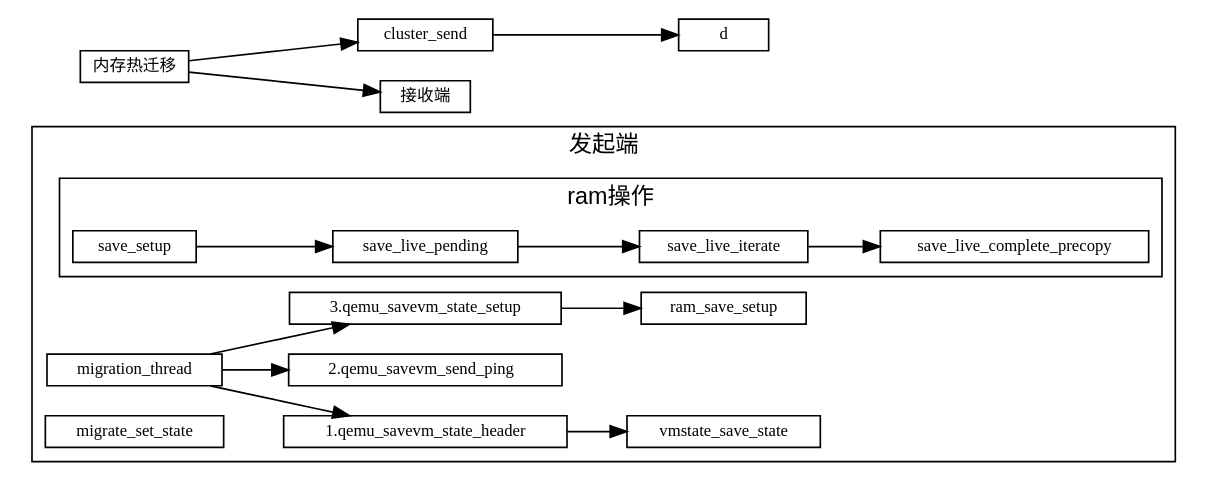
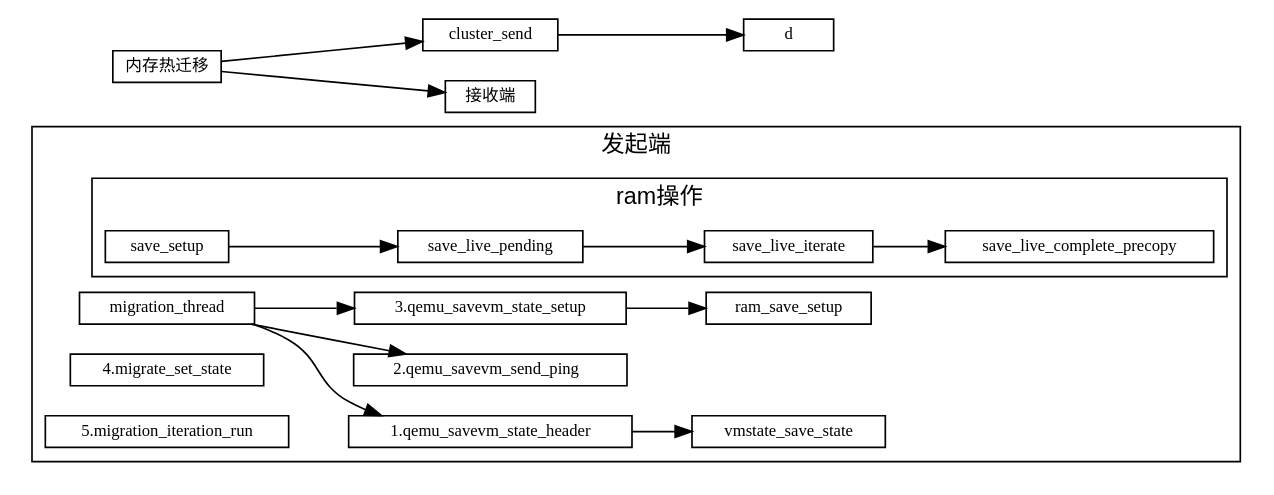
One commit to sisyphus1212/note changed the diagram in 虚拟化/热迁移/1-内存热迁移.md. Above: the diagram before and after it, drawn with Graphviz.

Commit message:
auto_update

````diff
--- a/虚拟化/热迁移/1-内存热迁移.md
+++ b/虚拟化/热迁移/1-内存热迁移.md
@@ -11,35 +11,36 @@
 ```graphviz
 digraph 热迁移 {
 fontname="Helvetica,Arial,sans-serif"
 //node [fontname="Helvetica,Arial,sans-serif"]
 //edge [fontname="Helvetica,Arial,sans-serif"]
 rankdir="LR"
 node [fontsize=10, shape=box, height=0.25]
 edge [fontsize=10]
 
   subgraph send {
     cluster=true;
     label="发起端";
     migration_thread -> "1.qemu_savevm_state_header" -> vmstate_save_state;
     migration_thread -> "2.qemu_savevm_send_ping  ";
     migration_thread -> "3.qemu_savevm_state_setup" ->
                         ram_save_setup;
-                        migrate_set_state
+                        "4.migrate_set_state"
+                        "5.migration_iteration_run"
 
     subgraph ram_opts {
       cluster=true;
       label="ram操作";
       save_setup ->
       save_live_pending ->
       save_live_iterate ->
       save_live_complete_precopy;
     }
   }
 
 内存热迁移 [label="内存热迁移"]
 内存热迁移 -> cluster_send
            -> d
 
 内存热迁移 -> 接收端
 }
 ```
````
